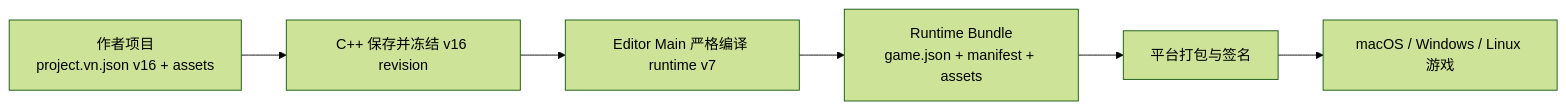
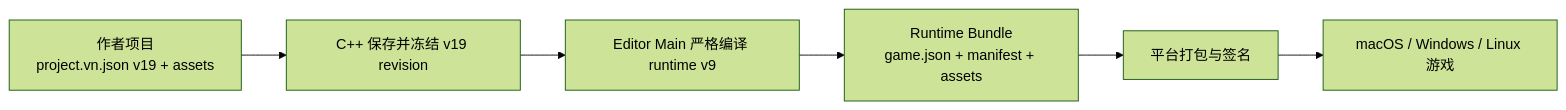
One commit to DarkboyRyan/Scratch-Novel-Engine changed the first of 3 diagrams in docs/game-export-player.md. Above: the diagram before and after it, drawn with Mermaid (forest theme). The commit also changed other lines of this file and 532 other files, not shown here.

````diff
--- a/docs/game-export-player.md
+++ b/docs/game-export-player.md
@@ -160,11 +174,11 @@
 ```mermaid
 flowchart LR
-  AUTHOR["作者项目<br/>project.vn.json v16 + assets"]
-  SAVE["C++ 保存并冻结 v16 revision"]
-  COMPILE["Editor Main 严格编译 runtime v7"]
+  AUTHOR["作者项目<br/>project.vn.json v19 + assets"]
+  SAVE["C++ 保存并冻结 v19 revision"]
+  COMPILE["Editor Main 严格编译 runtime v9"]
   BUNDLE["Runtime Bundle<br/>game.json + manifest + assets"]
   PACKAGE["平台打包与签名"]
   APP["macOS / Windows / Linux 游戏"]
 
   AUTHOR --> SAVE --> COMPILE --> BUNDLE --> PACKAGE --> APP
 ```
````
